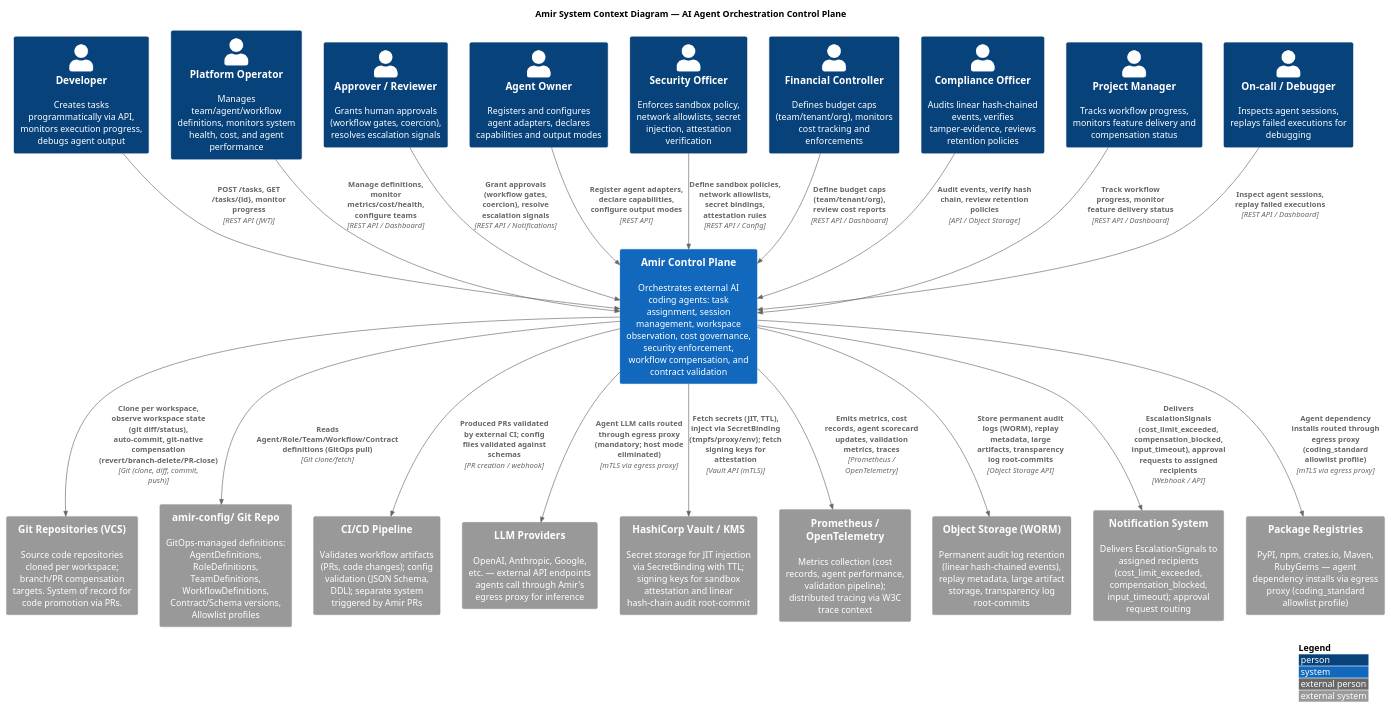
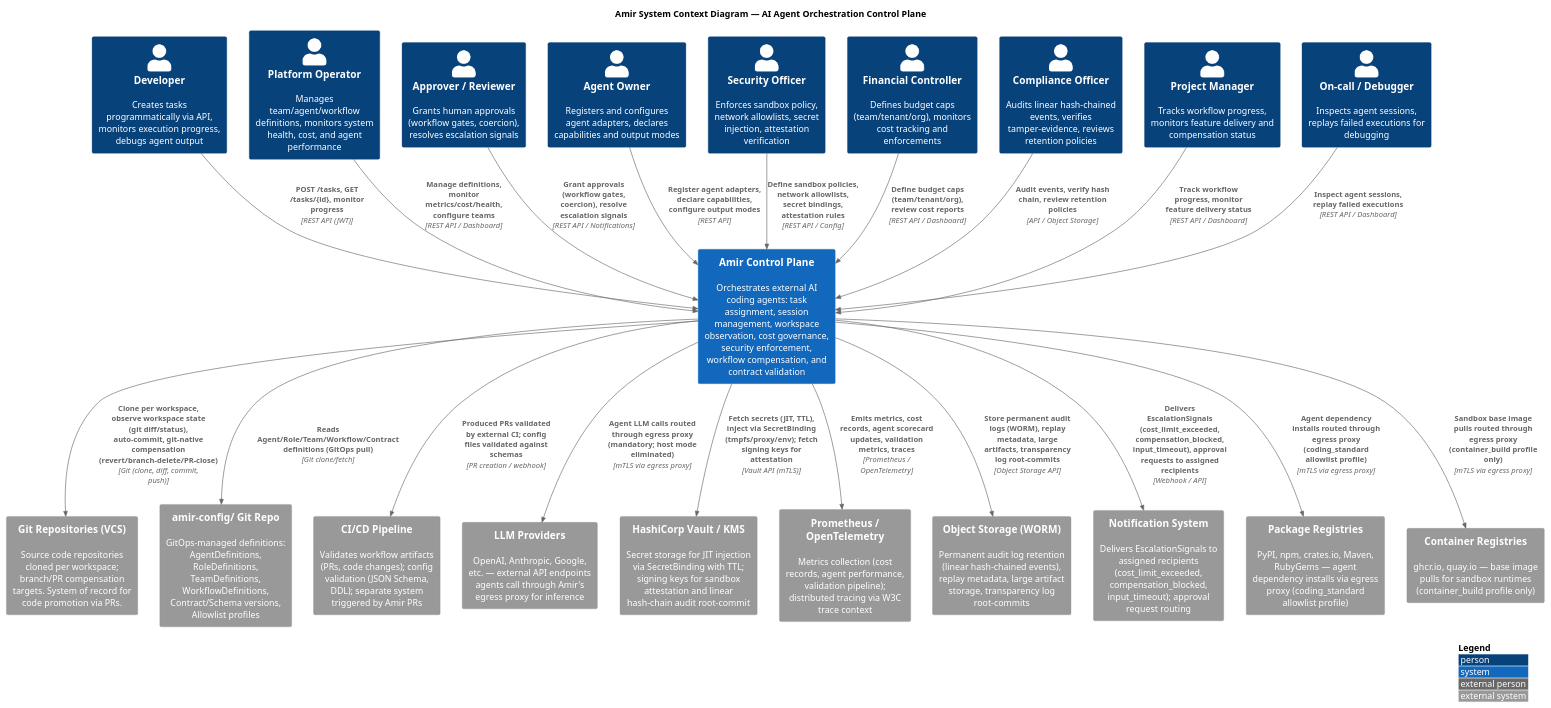
One commit to salimnamvar/amir changed the diagram in docs/c4-model/context-diagram.puml. Above: the diagram before and after it, drawn with PlantUML.

Commit message:
fix(diagram): add Container Registries for sandbox base images
Source: Deepseek, GLM, Minimax audits. ghcr.io and quay.io provide
base images for sandbox runtimes via container_build allowlist profile.
Docker Hub excluded from coding_standard profile.

```diff
--- a/docs/c4-model/context-diagram.puml
+++ b/docs/c4-model/context-diagram.puml
@@ -1,71 +1,73 @@
 @startuml Amir-System-Context
 !include https://raw.githubusercontent.com/plantuml-stdlib/C4-PlantUML/master/C4_Context.puml
 
 LAYOUT_WITH_LEGEND()
 
 title Amir System Context Diagram — AI Agent Orchestration Control Plane
 
 ' ──────────────────────────────────────────────────────────────────
 ' ACTORS
 ' ──────────────────────────────────────────────────────────────────
 
 Person(developer, "Developer", "Creates tasks programmatically via API, monitors execution progress, debugs agent output")
 Person(platform_operator, "Platform Operator", "Manages team/agent/workflow definitions, monitors system health, cost, and agent performance")
 Person(approver, "Approver / Reviewer", "Grants human approvals (workflow gates, coercion), resolves escalation signals")
 Person(agent_owner, "Agent Owner", "Registers and configures agent adapters, declares capabilities and output modes")
 Person(security_officer, "Security Officer", "Enforces sandbox policy, network allowlists, secret injection, attestation verification")
 Person(financial_controller, "Financial Controller", "Defines budget caps (team/tenant/org), monitors cost tracking and enforcements")
 Person(compliance_officer, "Compliance Officer", "Audits linear hash-chained events, verifies tamper-evidence, reviews retention policies")
 Person(project_manager, "Project Manager", "Tracks workflow progress, monitors feature delivery and compensation status")
 Person(debugger, "On-call / Debugger", "Inspects agent sessions, replays failed executions for debugging")
 
 ' ──────────────────────────────────────────────────────────────────
 ' AMIR SYSTEM
 ' ──────────────────────────────────────────────────────────────────
 
 System(amir, "Amir Control Plane", "Orchestrates external AI coding agents: task assignment, session management, workspace observation, cost governance, security enforcement, workflow compensation, and contract validation")
 
 ' ──────────────────────────────────────────────────────────────────
 ' EXTERNAL SYSTEMS
 ' ──────────────────────────────────────────────────────────────────
 
 System_Ext(git_repos, "Git Repositories (VCS)", "Source code repositories cloned per workspace; branch/PR compensation targets. System of record for code promotion via PRs.")
 System_Ext(git_config, "amir-config/ Git Repo", "GitOps-managed definitions: AgentDefinitions, RoleDefinitions, TeamDefinitions, WorkflowDefinitions, Contract/Schema versions, Allowlist profiles")
 System_Ext(ci_cd, "CI/CD Pipeline", "Validates workflow artifacts (PRs, code changes); config validation (JSON Schema, DDL); separate system triggered by Amir PRs")
 System_Ext(llm_providers, "LLM Providers", "OpenAI, Anthropic, Google, etc. — external API endpoints agents call through Amir's egress proxy for inference")
 System_Ext(vault, "HashiCorp Vault / KMS", "Secret storage for JIT injection via SecretBinding with TTL; signing keys for sandbox attestation and linear hash-chain audit root-commit")
 System_Ext(prometheus, "Prometheus / OpenTelemetry", "Metrics collection (cost records, agent performance, validation pipeline); distributed tracing via W3C trace context")
 System_Ext(object_storage, "Object Storage (WORM)", "Permanent audit log retention (linear hash-chained events), replay metadata, large artifact storage, transparency log root-commits")
 System_Ext(notification_system, "Notification System", "Delivers EscalationSignals to assigned recipients (cost_limit_exceeded, compensation_blocked, input_timeout); approval request routing")
 System_Ext(pkg_registries, "Package Registries", "PyPI, npm, crates.io, Maven, RubyGems — agent dependency installs via egress proxy (coding_standard allowlist profile)")
+System_Ext(container_registries, "Container Registries", "ghcr.io, quay.io — base image pulls for sandbox runtimes (container_build profile only)")
 
 ' ──────────────────────────────────────────────────────────────────
 ' RELATIONSHIPS — ACTORS → AMIR
 ' ──────────────────────────────────────────────────────────────────
 
 Rel(developer, amir, "POST /tasks, GET /tasks/{id}, monitor progress", "REST API (JWT)")
 Rel(platform_operator, amir, "Manage definitions, monitor metrics/cost/health, configure teams", "REST API / Dashboard")
 Rel(approver, amir, "Grant approvals (workflow gates, coercion), resolve escalation signals", "REST API / Notifications")
 Rel(agent_owner, amir, "Register agent adapters, declare capabilities, configure output modes", "REST API")
 Rel(security_officer, amir, "Define sandbox policies, network allowlists, secret bindings, attestation rules", "REST API / Config")
 Rel(financial_controller, amir, "Define budget caps (team/tenant/org), review cost reports", "REST API / Dashboard")
 Rel(compliance_officer, amir, "Audit events, verify hash chain, review retention policies", "API / Object Storage")
 Rel(project_manager, amir, "Track workflow progress, monitor feature delivery status", "REST API / Dashboard")
 Rel(debugger, amir, "Inspect agent sessions, replay failed executions", "REST API / Dashboard")
 
 ' ──────────────────────────────────────────────────────────────────
 ' RELATIONSHIPS — AMIR → EXTERNAL SYSTEMS
 ' ──────────────────────────────────────────────────────────────────
 
 Rel(amir, git_config, "Reads Agent/Role/Team/Workflow/Contract definitions (GitOps pull)", "Git clone/fetch")
 Rel(amir, git_repos, "Clone per workspace, observe workspace state (git diff/status), auto-commit, git-native compensation (revert/branch-delete/PR-close)", "Git (clone, diff, commit, push)")
 Rel(amir, ci_cd, "Produced PRs validated by external CI; config files validated against schemas", "PR creation / webhook")
 
 Rel(amir, llm_providers, "Agent LLM calls routed through egress proxy (mandatory; host mode eliminated)", "mTLS via egress proxy")
 Rel(amir, vault, "Fetch secrets (JIT, TTL), inject via SecretBinding (tmpfs/proxy/env); fetch signing keys for attestation", "Vault API (mTLS)")
 Rel(amir, prometheus, "Emits metrics, cost records, agent scorecard updates, validation metrics, traces", "Prometheus / OpenTelemetry")
 Rel(amir, object_storage, "Store permanent audit logs (WORM), replay metadata, large artifacts, transparency log root-commits", "Object Storage API")
 Rel(amir, notification_system, "Delivers EscalationSignals (cost_limit_exceeded, compensation_blocked, input_timeout), approval requests to assigned recipients", "Webhook / API")
 Rel(amir, pkg_registries, "Agent dependency installs routed through egress proxy (coding_standard allowlist profile)", "mTLS via egress proxy")
+Rel(amir, container_registries, "Sandbox base image pulls routed through egress proxy (container_build profile only)", "mTLS via egress proxy")
 
 @enduml
```
